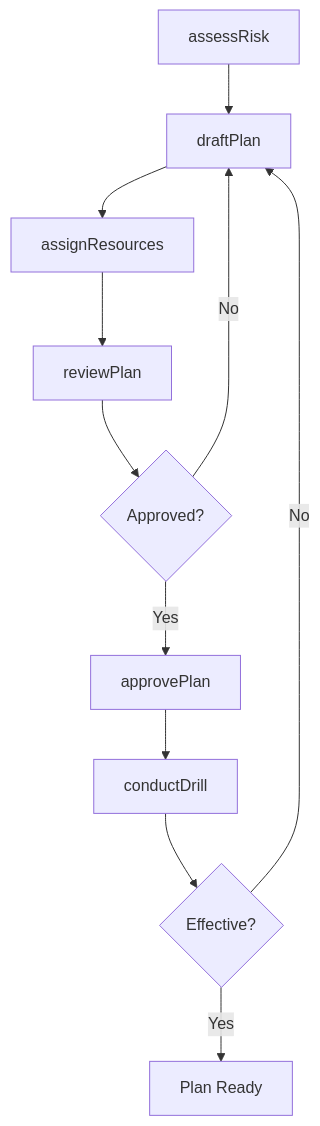
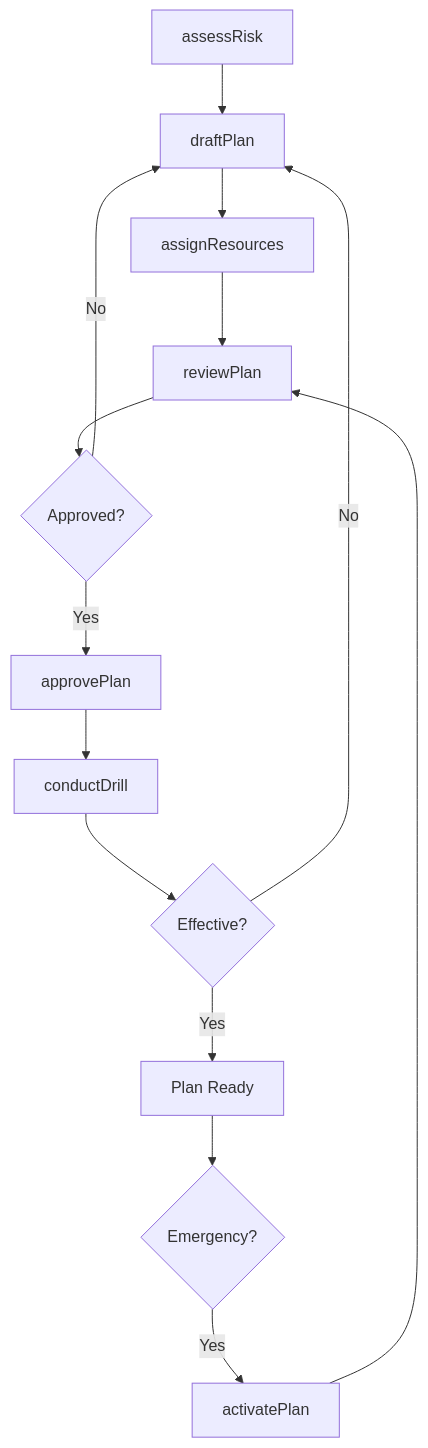
Before and after one commit to dot-org-ai/tasks.org.ai: the third of 4 diagrams in ThinkingCreatively/DevelopContingencyOrEmergencyResponsePlans/DevelopContingencyPlansDealOrganizational.mdx, drawn with Mermaid. The commit also changed other lines of this file and 504 other files, not shown here.

First line of the commit message:
feat: Add ER diagrams, state diagrams, and workflow improvements to 96 DWA task files

````diff
--- a/ThinkingCreatively/DevelopContingencyOrEmergencyResponsePlans/DevelopContingencyPlansDealOrganizational.mdx
+++ b/ThinkingCreatively/DevelopContingencyOrEmergencyResponsePlans/DevelopContingencyPlansDealOrganizational.mdx
@@ -86,13 +116,16 @@
 ```mermaid
 graph TD
     A[assessRisk] --> B[draftPlan]
     B --> C[assignResources]
     C --> D[reviewPlan]
     D --> E{Approved?}
     E -->|No| B
     E -->|Yes| F[approvePlan]
     F --> G[conductDrill]
     G --> H{Effective?}
     H -->|No| B
     H -->|Yes| I[Plan Ready]
+    I --> J{Emergency?}
+    J -->|Yes| K[activatePlan]
+    K --> D
 ```
````
